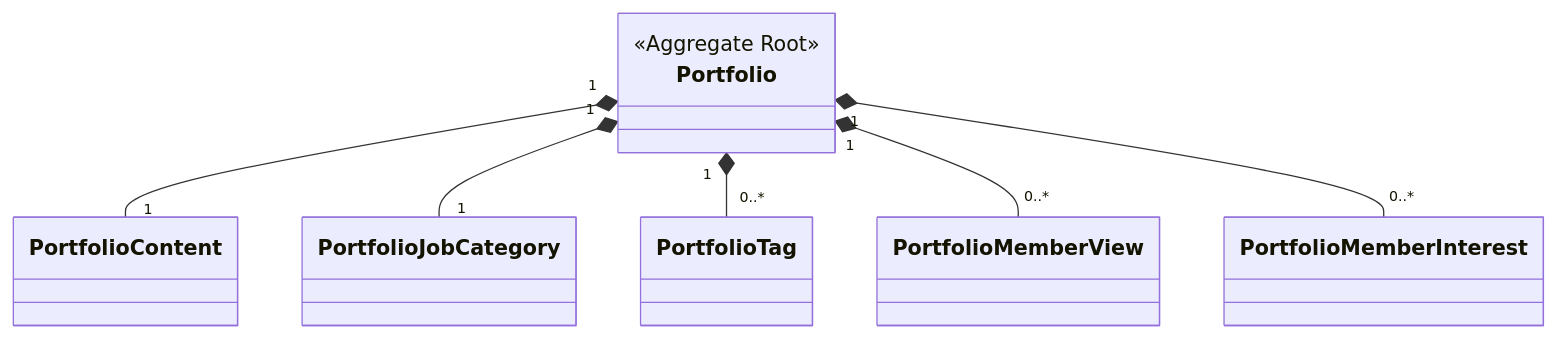
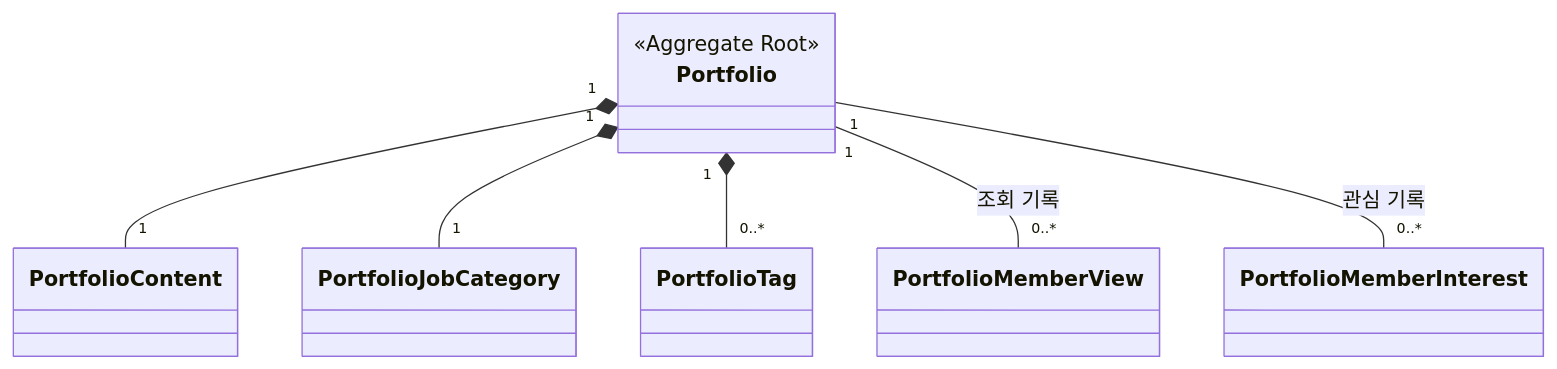
The diagram in docs/diagram/portfolio/domain-model.md (hirecore/hirecore-member-server), drawn with Mermaid before and after one commit. The commit also changed other lines of this file and 2 other files, not shown here.

Commit message:
docs: 도메인 모델 다이어그램을 실제 코드와 대조해 관계·스테레오타입 정정
- portfolio: 조회·관심 기록을 소유(컴포지션)에서 연관으로 정정 (이벤트로 별도 저장, FK로 연결)
- membership: policy BC 외부 참조 표시 및 부정확한 스냅샷 라벨 정정
- profile: sealed 인터페이스 스테레오타입 표기 정정

````diff
--- a/docs/diagram/portfolio/domain-model.md
+++ b/docs/diagram/portfolio/domain-model.md
@@ -8,11 +8,11 @@
 ```mermaid
 classDiagram
     class Portfolio {
         <<Aggregate Root>>
     }
     Portfolio "1" *-- "1" PortfolioContent
     Portfolio "1" *-- "1" PortfolioJobCategory
     Portfolio "1" *-- "0..*" PortfolioTag
-    Portfolio "1" *-- "0..*" PortfolioMemberView
-    Portfolio "1" *-- "0..*" PortfolioMemberInterest
+    Portfolio "1" -- "0..*" PortfolioMemberView : 조회 기록
+    Portfolio "1" -- "0..*" PortfolioMemberInterest : 관심 기록
 ```
````
